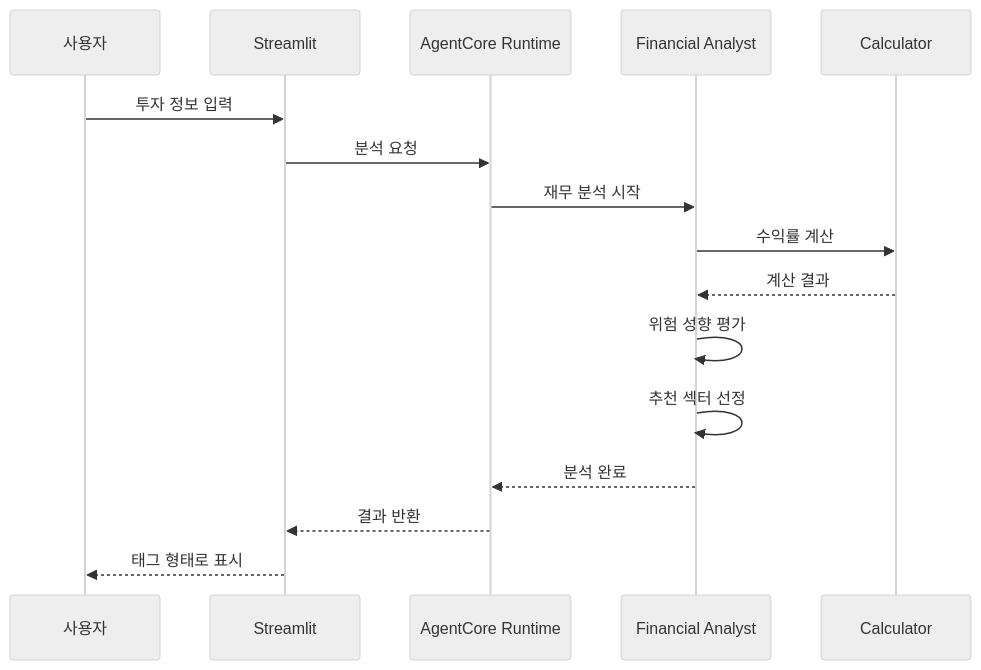
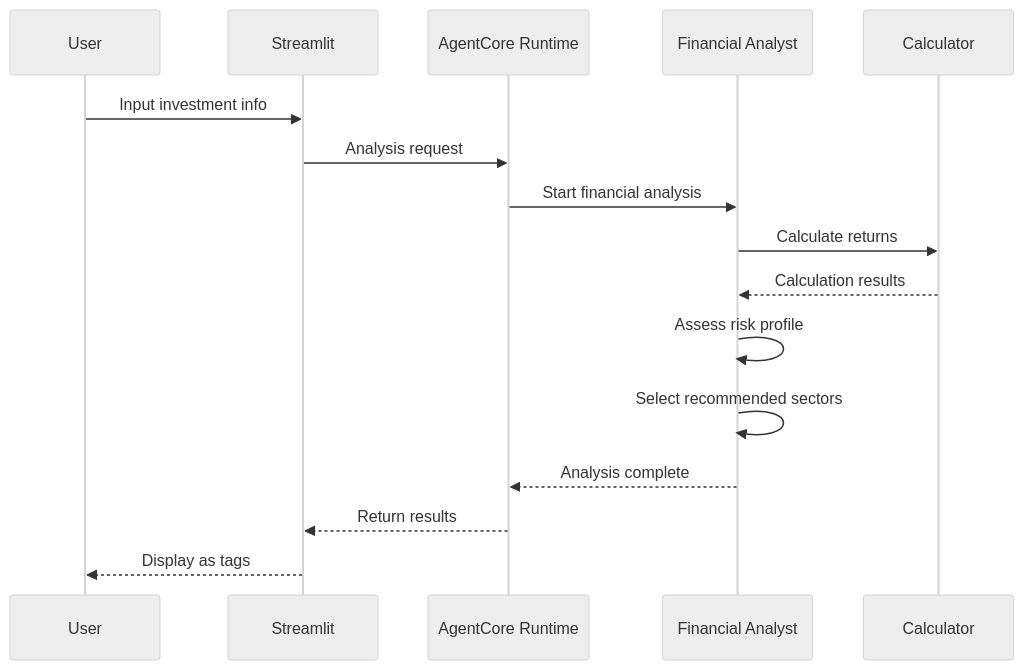
Before and after one commit to ksgsslee/agentic_ai_fund_manager: the diagram in financial_analyst/README.md, drawn with Mermaid (neutral theme). The commit also changed other lines of this file and 6 other files, not shown here.

````diff
--- a/financial_analyst/README.md
+++ b/financial_analyst/README.md
@@ -81,19 +81,19 @@
 ```mermaid
 sequenceDiagram
-    participant U as 사용자
+    participant U as User
     participant S as Streamlit
     participant R as AgentCore Runtime
     participant A as Financial Analyst
     participant C as Calculator
     
-    U->>S: 투자 정보 입력
-    S->>R: 분석 요청
-    R->>A: 재무 분석 시작
-    A->>C: 수익률 계산
-    C-->>A: 계산 결과
-    A->>A: 위험 성향 평가
-    A->>A: 추천 섹터 선정
-    A-->>R: 분석 완료
-    R-->>S: 결과 반환
-    S-->>U: 태그 형태로 표시
+    U->>S: Input investment info
+    S->>R: Analysis request
+    R->>A: Start financial analysis
+    A->>C: Calculate returns
+    C-->>A: Calculation results
+    A->>A: Assess risk profile
+    A->>A: Select recommended sectors
+    A-->>R: Analysis complete
+    R-->>S: Return results
+    S-->>U: Display as tags
 ```
````
